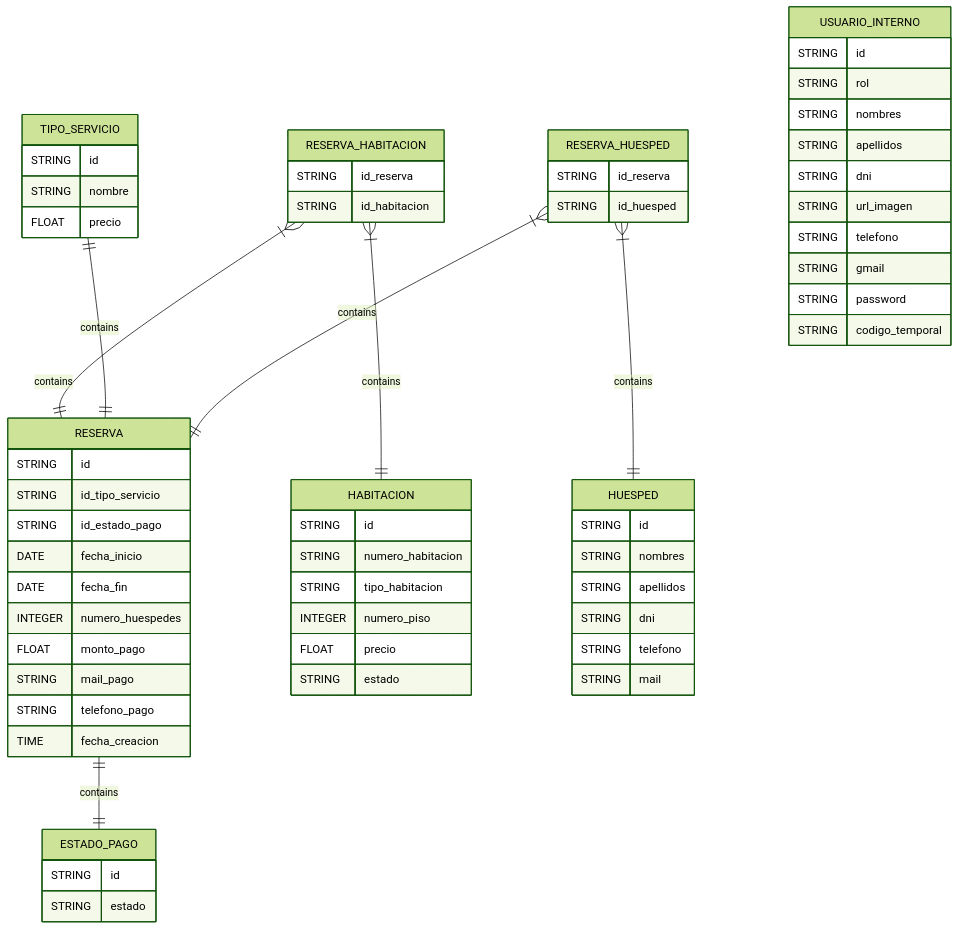
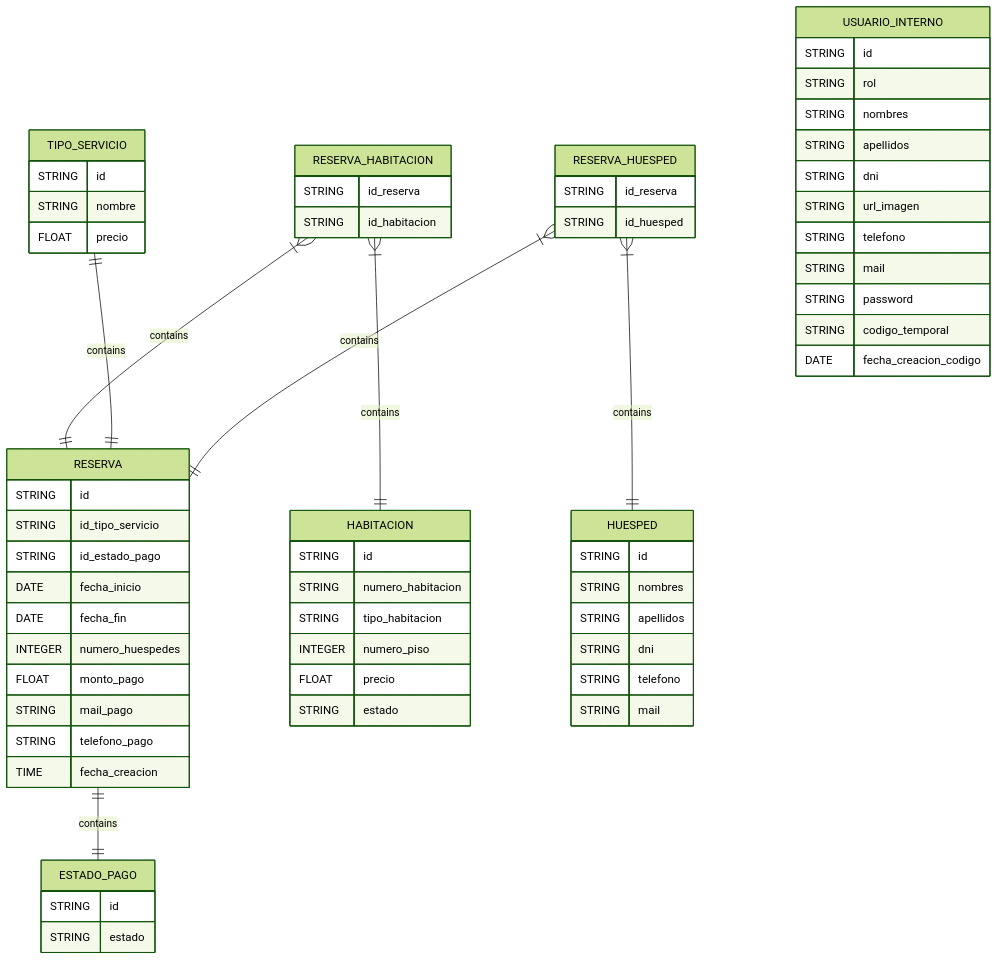
Before and after one commit to Jmond544/hotel-management-backend: the first of 2 diagrams in README.md, drawn with Mermaid (forest theme). The commit also changed 12 other files, not shown here.

````diff
--- a/README.md
+++ b/README.md
@@ -12,77 +12,78 @@
 ```mermaid
 
 erDiagram
 
     RESERVA {
         STRING id
         STRING id_tipo_servicio
         STRING id_estado_pago
         DATE fecha_inicio
         DATE fecha_fin
         INTEGER numero_huespedes
         FLOAT monto_pago
         STRING mail_pago
         STRING telefono_pago
         TIME fecha_creacion
     }
 
     TIPO_SERVICIO {
         STRING id
         STRING nombre
         FLOAT precio
     }
 
     RESERVA_HABITACION {
         STRING id_reserva
         STRING id_habitacion
     }
 
     HABITACION {
         STRING id
         STRING numero_habitacion
         STRING tipo_habitacion
         INTEGER numero_piso
         FLOAT precio
         STRING estado
     }
 
     HUESPED {
         STRING id
         STRING nombres
         STRING apellidos
         STRING dni
         STRING telefono
         STRING mail
     }
 
     RESERVA_HUESPED {
         STRING id_reserva
         STRING id_huesped
     }
 
     USUARIO_INTERNO {
         STRING id
         STRING rol
         STRING nombres
         STRING apellidos
         STRING dni
         STRING url_imagen
         STRING telefono
-        STRING gmail
+        STRING mail
         STRING password
         STRING codigo_temporal
+        DATE fecha_creacion_codigo
     }
 
     ESTADO_PAGO {
         STRING id
         STRING estado
     }
 
     RESERVA_HABITACION }|--|| RESERVA : contains
     TIPO_SERVICIO ||--|| RESERVA : contains
     RESERVA_HABITACION }|--|| HABITACION : contains
     RESERVA_HUESPED }|--|| HUESPED : contains
     RESERVA_HUESPED }|--|| RESERVA : contains
     RESERVA ||--|| ESTADO_PAGO : contains
 
 ```
````
